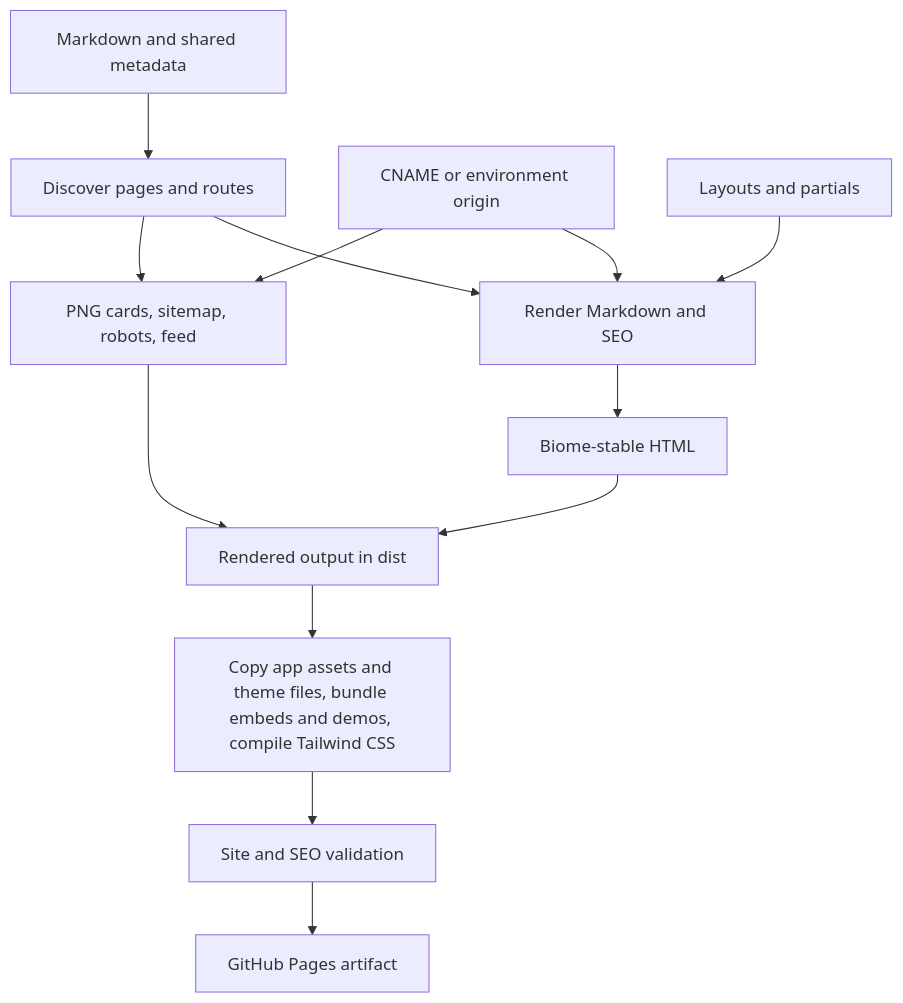
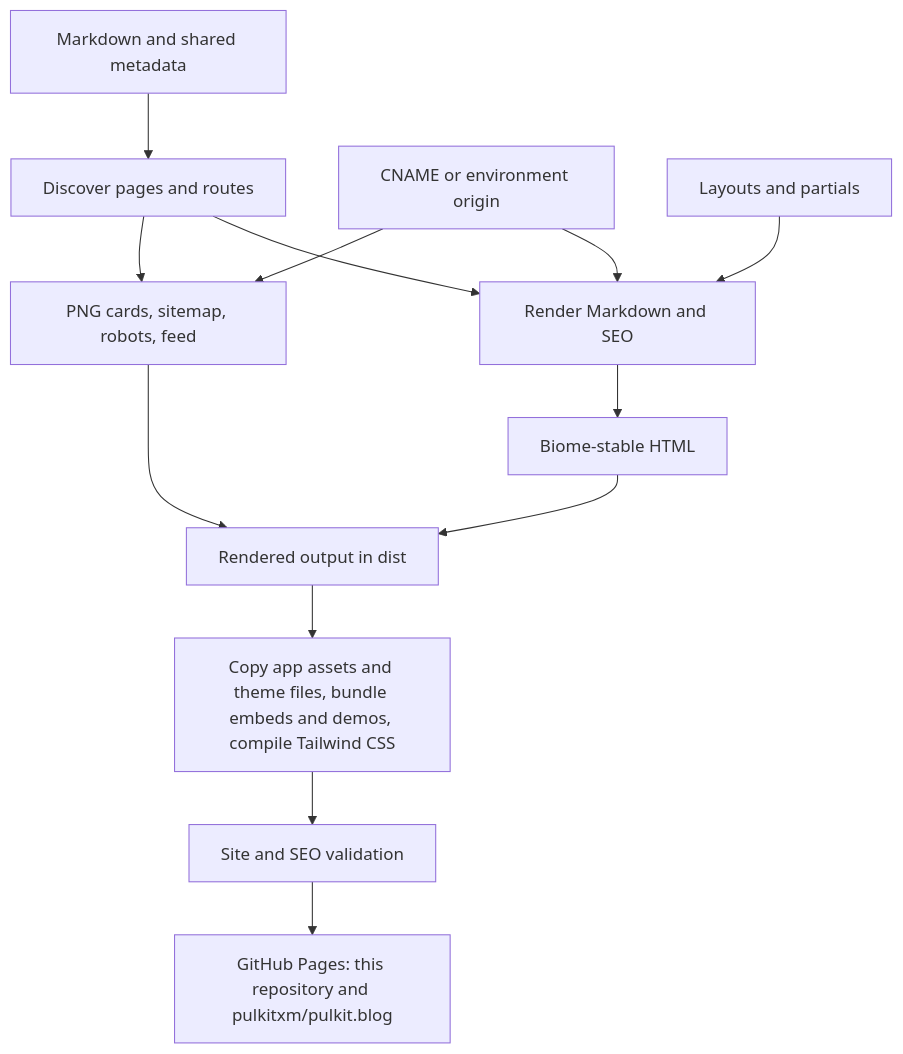
Before and after one commit to pulkitxm/pulkit.page: the diagram in docs/rendering-flow.md, drawn with Mermaid. The commit also changed other lines of this file and 6 other files, not shown here.

Commit message:
Publish pulkit.blog through GitHub Pages (#33)

````diff
--- a/docs/rendering-flow.md
+++ b/docs/rendering-flow.md
@@ -7,15 +7,15 @@
 ```mermaid
 flowchart TD
   A[Markdown and shared metadata] --> B[Discover pages and routes]
   O[CNAME or environment origin] --> C[Render Markdown and SEO]
   B --> C
   L[Layouts and partials] --> C
   C --> D[Biome-stable HTML]
   B --> E[PNG cards, sitemap, robots, feed]
   O --> E
   D --> F[Rendered output in dist]
   E --> F
   F --> I[Copy app assets and theme files, bundle embeds and demos, compile Tailwind CSS]
   I --> J[Site and SEO validation]
-  J --> K[GitHub Pages artifact]
+  J --> K[GitHub Pages: this repository and pulkitxm/pulkit.blog]
 ```
````
